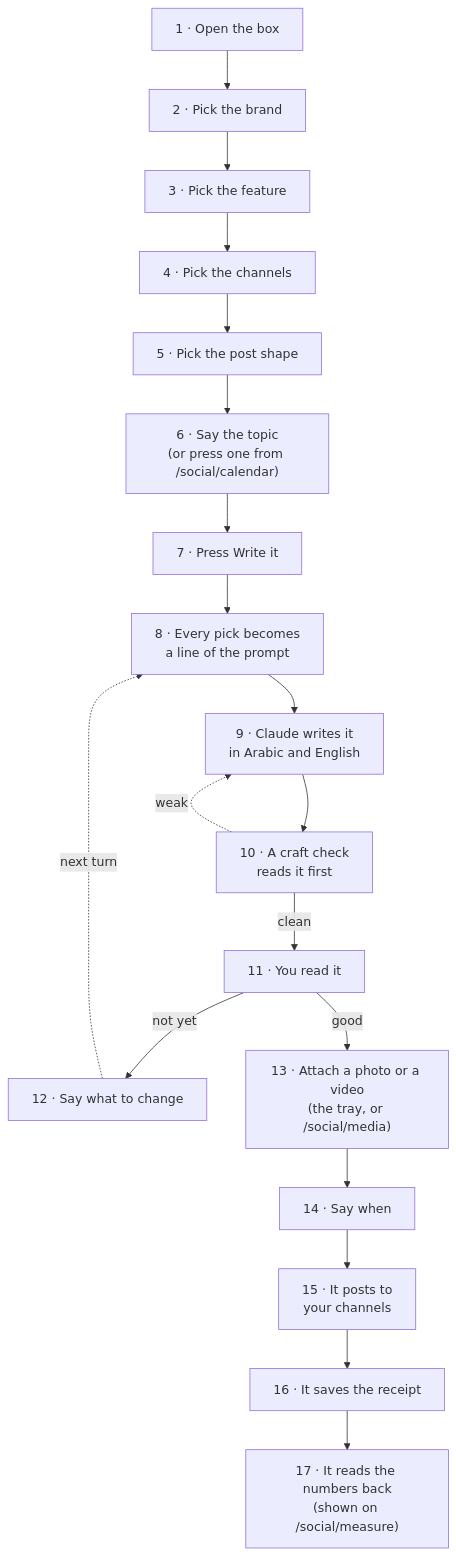
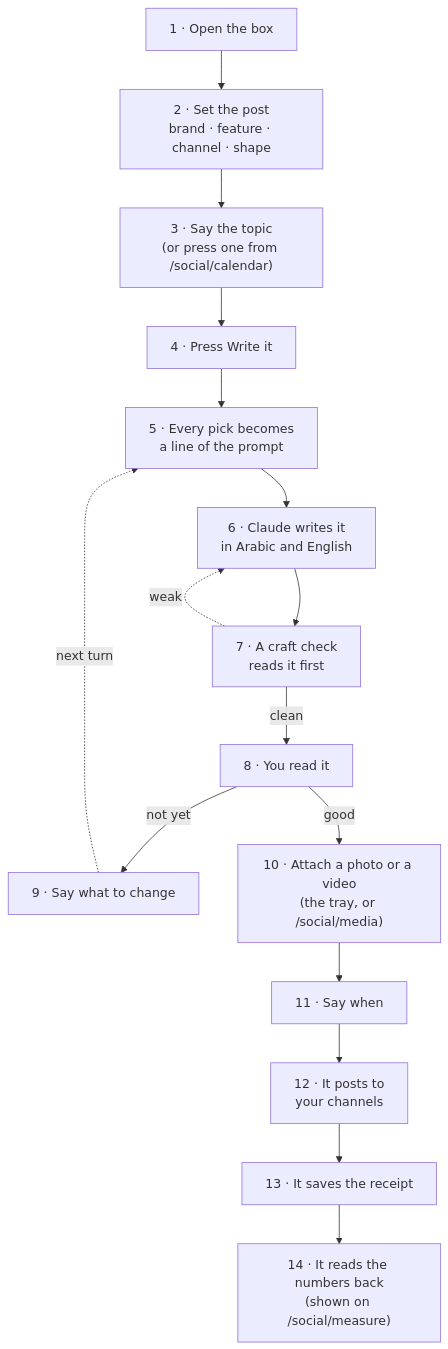
One commit to databayt/kun changed the second of 3 diagrams in content/docs/social/index.mdx. Above: the diagram before and after it, drawn with Mermaid. The commit also changed other lines of this file, not shown here.

First line of the commit message:
docs(social): the four picks are one step, because they are one row

````diff
--- a/content/docs/social/index.mdx
+++ b/content/docs/social/index.mdx
@@ -82,27 +82,24 @@
 ```mermaid
 graph TD
     S1["1 · Open the box"]
-    S2["2 · Pick the brand"]
-    S3["3 · Pick the feature"]
-    S4["4 · Pick the channels"]
-    S5["5 · Pick the post shape"]
-    S6["6 · Say the topic<br/>(or press one from /social/calendar)"]
-    S7["7 · Press Write it"]
-    S8["8 · Every pick becomes<br/>a line of the prompt"]
-    S9["9 · Claude writes it<br/>in Arabic and English"]
-    S10["10 · A craft check<br/>reads it first"]
-    S11["11 · You read it"]
-    S12["12 · Say what to change"]
-    S13["13 · Attach a photo or a video<br/>(the tray, or /social/media)"]
-    S14["14 · Say when"]
-    S15["15 · It posts to<br/>your channels"]
-    S16["16 · It saves the receipt"]
-    S17["17 · It reads the numbers back<br/>(shown on /social/measure)"]
+    S2["2 · Set the post<br/>brand · feature · channel · shape"]
+    S3["3 · Say the topic<br/>(or press one from /social/calendar)"]
+    S4["4 · Press Write it"]
+    S5["5 · Every pick becomes<br/>a line of the prompt"]
+    S6["6 · Claude writes it<br/>in Arabic and English"]
+    S7["7 · A craft check<br/>reads it first"]
+    S8["8 · You read it"]
+    S9["9 · Say what to change"]
+    S10["10 · Attach a photo or a video<br/>(the tray, or /social/media)"]
+    S11["11 · Say when"]
+    S12["12 · It posts to<br/>your channels"]
+    S13["13 · It saves the receipt"]
+    S14["14 · It reads the numbers back<br/>(shown on /social/measure)"]
 
-    S1 --> S2 --> S3 --> S4 --> S5 --> S6 --> S7 --> S8 --> S9 --> S10
-    S10 -. "weak" .-> S9
-    S10 -- "clean" --> S11
-    S11 -- "not yet" --> S12
-    S12 -. "next turn" .-> S8
-    S11 -- "good" --> S13 --> S14 --> S15 --> S16 --> S17
+    S1 --> S2 --> S3 --> S4 --> S5 --> S6 --> S7
+    S7 -. "weak" .-> S6
+    S7 -- "clean" --> S8
+    S8 -- "not yet" --> S9
+    S9 -. "next turn" .-> S5
+    S8 -- "good" --> S10 --> S11 --> S12 --> S13 --> S14
 ```
````
